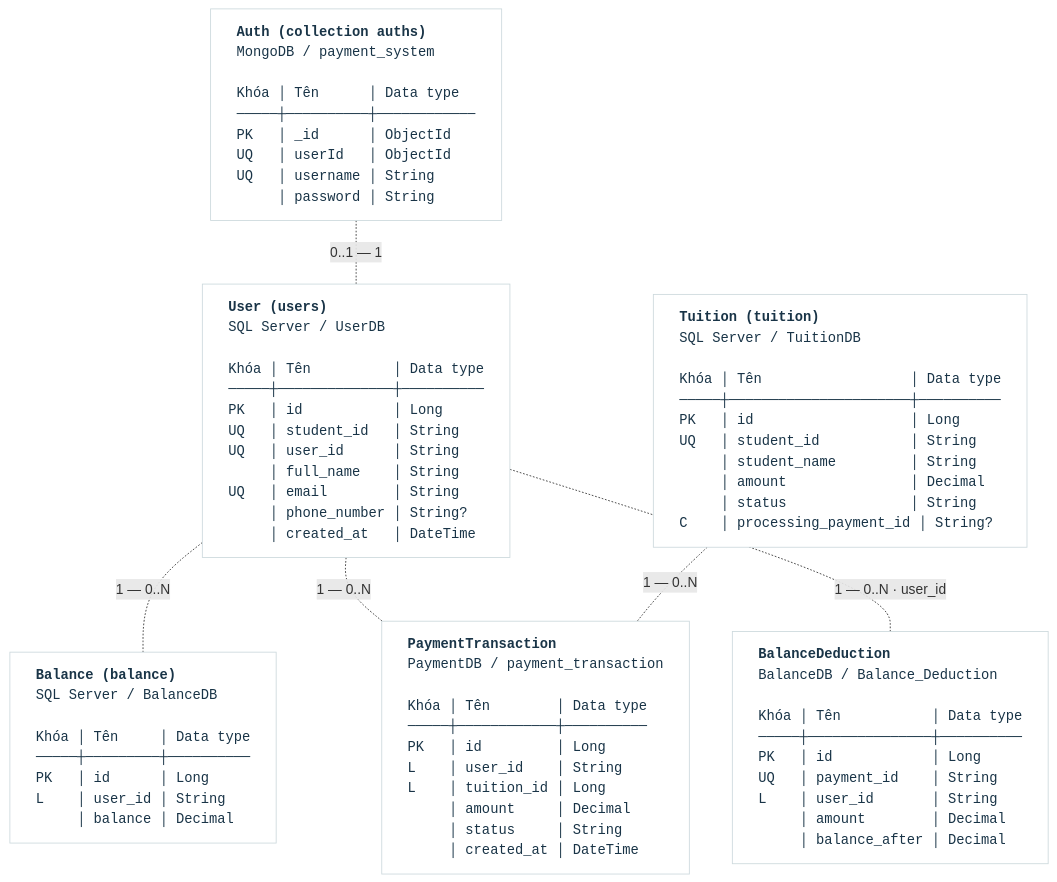
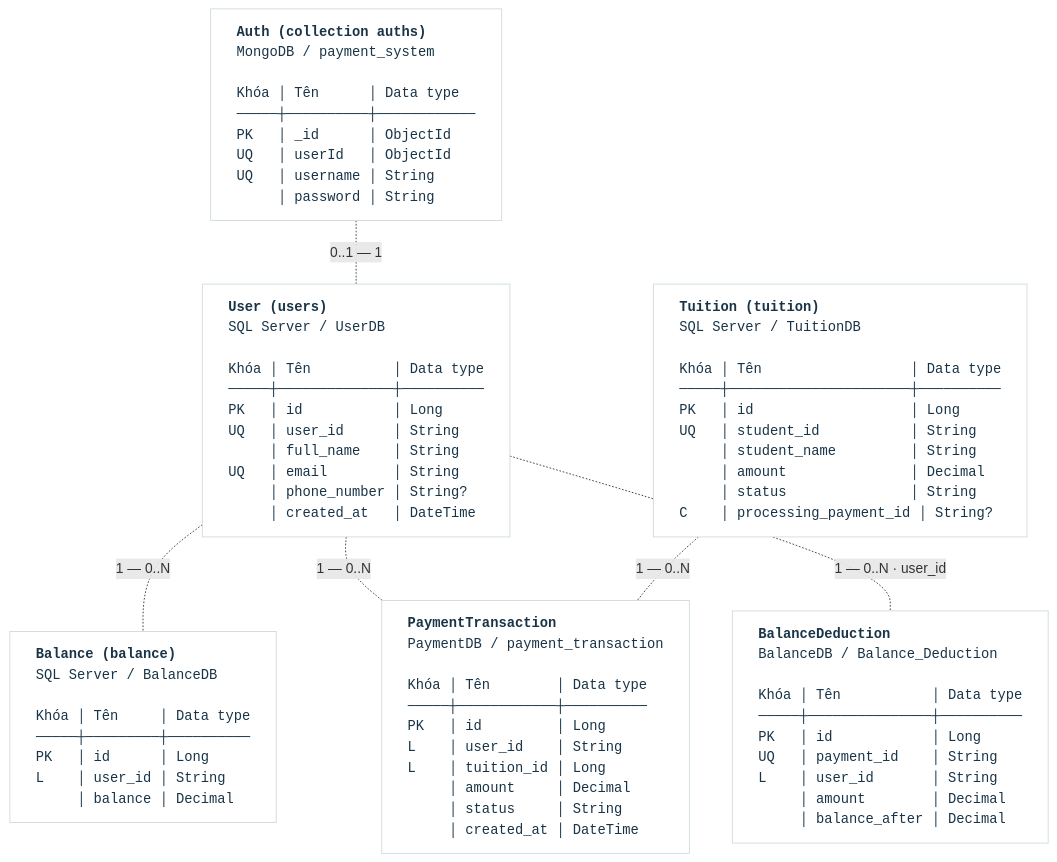
One commit to PeterKhang3012/Payment-system changed the first of 4 diagrams in README.md. Above: the diagram before and after it, drawn with Mermaid. The commit also changed other lines of this file and 11 other files, not shown here.

Commit message:
delete field studentId in UserDB

````diff
--- a/README.md
+++ b/README.md
@@ -90,30 +94,30 @@
 ```mermaid
 ---
 config:
   flowchart:
     htmlLabels: true
     wrappingWidth: 1000
     useMaxWidth: false
 ---
 flowchart TB
     Auth["<b>Auth (collection auths)</b><br/>MongoDB / payment_system<br/><br/>Khóa&nbsp;│&nbsp;Tên&nbsp;&nbsp;&nbsp;&nbsp;&nbsp;&nbsp;│&nbsp;Data type<br/>─────┼──────────┼────────────<br/>PK&nbsp;&nbsp;&nbsp;│&nbsp;_id&nbsp;&nbsp;&nbsp;&nbsp;&nbsp;&nbsp;│&nbsp;ObjectId<br/>UQ&nbsp;&nbsp;&nbsp;│&nbsp;userId&nbsp;&nbsp;&nbsp;│&nbsp;ObjectId<br/>UQ&nbsp;&nbsp;&nbsp;│&nbsp;username&nbsp;│&nbsp;String<br/>&nbsp;&nbsp;&nbsp;&nbsp;&nbsp;│&nbsp;password&nbsp;│&nbsp;String "]
 
-    User["<b>User (users)</b><br/>SQL Server / UserDB<br/><br/>Khóa&nbsp;│&nbsp;Tên&nbsp;&nbsp;&nbsp;&nbsp;&nbsp;&nbsp;&nbsp;&nbsp;&nbsp;&nbsp;│&nbsp;Data type<br/>─────┼──────────────┼──────────<br/>PK&nbsp;&nbsp;&nbsp;│&nbsp;id&nbsp;&nbsp;&nbsp;&nbsp;&nbsp;&nbsp;&nbsp;&nbsp;&nbsp;&nbsp;&nbsp;│&nbsp;Long<br/>UQ&nbsp;&nbsp;&nbsp;│&nbsp;student_id&nbsp;&nbsp;&nbsp;│&nbsp;String<br/>UQ&nbsp;&nbsp;&nbsp;│&nbsp;user_id&nbsp;&nbsp;&nbsp;&nbsp;&nbsp;&nbsp;│&nbsp;String<br/>&nbsp;&nbsp;&nbsp;&nbsp;&nbsp;│&nbsp;full_name&nbsp;&nbsp;&nbsp;&nbsp;│&nbsp;String<br/>UQ&nbsp;&nbsp;&nbsp;│&nbsp;email&nbsp;&nbsp;&nbsp;&nbsp;&nbsp;&nbsp;&nbsp;&nbsp;│&nbsp;String<br/>&nbsp;&nbsp;&nbsp;&nbsp;&nbsp;│&nbsp;phone_number&nbsp;│&nbsp;String?<br/>&nbsp;&nbsp;&nbsp;&nbsp;&nbsp;│&nbsp;created_at&nbsp;&nbsp;&nbsp;│&nbsp;DateTime"]
+    User["<b>User (users)</b><br/>SQL Server / UserDB<br/><br/>Khóa&nbsp;│&nbsp;Tên&nbsp;&nbsp;&nbsp;&nbsp;&nbsp;&nbsp;&nbsp;&nbsp;&nbsp;&nbsp;│&nbsp;Data type<br/>─────┼──────────────┼──────────<br/>PK&nbsp;&nbsp;&nbsp;│&nbsp;id&nbsp;&nbsp;&nbsp;&nbsp;&nbsp;&nbsp;&nbsp;&nbsp;&nbsp;&nbsp;&nbsp;│&nbsp;Long<br/>UQ&nbsp;&nbsp;&nbsp;│&nbsp;user_id&nbsp;&nbsp;&nbsp;&nbsp;&nbsp;&nbsp;│&nbsp;String<br/>&nbsp;&nbsp;&nbsp;&nbsp;&nbsp;│&nbsp;full_name&nbsp;&nbsp;&nbsp;&nbsp;│&nbsp;String<br/>UQ&nbsp;&nbsp;&nbsp;│&nbsp;email&nbsp;&nbsp;&nbsp;&nbsp;&nbsp;&nbsp;&nbsp;&nbsp;│&nbsp;String<br/>&nbsp;&nbsp;&nbsp;&nbsp;&nbsp;│&nbsp;phone_number&nbsp;│&nbsp;String?<br/>&nbsp;&nbsp;&nbsp;&nbsp;&nbsp;│&nbsp;created_at&nbsp;&nbsp;&nbsp;│&nbsp;DateTime"]
 
     Balance["<b>Balance (balance)</b><br/>SQL Server / BalanceDB<br/><br/>Khóa&nbsp;│&nbsp;Tên&nbsp;&nbsp;&nbsp;&nbsp;&nbsp;│&nbsp;Data type<br/>─────┼─────────┼──────────<br/>PK&nbsp;&nbsp;&nbsp;│&nbsp;id&nbsp;&nbsp;&nbsp;&nbsp;&nbsp;&nbsp;│&nbsp;Long<br/>L&nbsp;&nbsp;&nbsp;&nbsp;│&nbsp;user_id&nbsp;│&nbsp;String<br/>&nbsp;&nbsp;&nbsp;&nbsp;&nbsp;│&nbsp;balance&nbsp;│&nbsp;Decimal"]
 
     Tuition["<b>Tuition (tuition)</b><br/>SQL Server / TuitionDB<br/><br/>Khóa&nbsp;│&nbsp;Tên&nbsp;&nbsp;&nbsp;&nbsp;&nbsp;&nbsp;&nbsp;&nbsp;&nbsp;&nbsp;&nbsp;&nbsp;&nbsp;&nbsp;&nbsp;&nbsp;&nbsp;&nbsp;│&nbsp;Data type<br/>─────┼──────────────────────┼──────────<br/>PK&nbsp;&nbsp;&nbsp;│&nbsp;id&nbsp;&nbsp;&nbsp;&nbsp;&nbsp;&nbsp;&nbsp;&nbsp;&nbsp;&nbsp;&nbsp;&nbsp;&nbsp;&nbsp;&nbsp;&nbsp;&nbsp;&nbsp;&nbsp;│&nbsp;Long<br/>UQ&nbsp;&nbsp;&nbsp;│&nbsp;student_id&nbsp;&nbsp;&nbsp;&nbsp;&nbsp;&nbsp;&nbsp;&nbsp;&nbsp;&nbsp;&nbsp;│&nbsp;String<br/>&nbsp;&nbsp;&nbsp;&nbsp;&nbsp;│&nbsp;student_name&nbsp;&nbsp;&nbsp;&nbsp;&nbsp;&nbsp;&nbsp;&nbsp;&nbsp;│&nbsp;String<br/>&nbsp;&nbsp;&nbsp;&nbsp;&nbsp;│&nbsp;amount&nbsp;&nbsp;&nbsp;&nbsp;&nbsp;&nbsp;&nbsp;&nbsp;&nbsp;&nbsp;&nbsp;&nbsp;&nbsp;&nbsp;&nbsp;│&nbsp;Decimal<br/>&nbsp;&nbsp;&nbsp;&nbsp;&nbsp;│&nbsp;status&nbsp;&nbsp;&nbsp;&nbsp;&nbsp;&nbsp;&nbsp;&nbsp;&nbsp;&nbsp;&nbsp;&nbsp;&nbsp;&nbsp;&nbsp;│&nbsp;String<br/>C&nbsp;&nbsp;&nbsp;&nbsp;│&nbsp;processing_payment_id&nbsp;│&nbsp;String?"]
 
     PaymentTransaction["<b>PaymentTransaction</b><br/>PaymentDB / payment_transaction<br/><br/>Khóa&nbsp;│&nbsp;Tên&nbsp;&nbsp;&nbsp;&nbsp;&nbsp;&nbsp;&nbsp;&nbsp;│&nbsp;Data type<br/>─────┼────────────┼──────────<br/>PK&nbsp;&nbsp;&nbsp;│&nbsp;id&nbsp;&nbsp;&nbsp;&nbsp;&nbsp;&nbsp;&nbsp;&nbsp;&nbsp;│&nbsp;Long<br/>L&nbsp;&nbsp;&nbsp;&nbsp;│&nbsp;user_id&nbsp;&nbsp;&nbsp;&nbsp;│&nbsp;String<br/>L&nbsp;&nbsp;&nbsp;&nbsp;│&nbsp;tuition_id&nbsp;│&nbsp;Long<br/>&nbsp;&nbsp;&nbsp;&nbsp;&nbsp;│&nbsp;amount&nbsp;&nbsp;&nbsp;&nbsp;&nbsp;│&nbsp;Decimal<br/>&nbsp;&nbsp;&nbsp;&nbsp;&nbsp;│&nbsp;status&nbsp;&nbsp;&nbsp;&nbsp;&nbsp;│&nbsp;String<br/>&nbsp;&nbsp;&nbsp;&nbsp;&nbsp;│&nbsp;created_at&nbsp;│&nbsp;DateTime"]
 
     BalanceDeduction["<b>BalanceDeduction</b><br/>BalanceDB / Balance_Deduction<br/><br/>Khóa&nbsp;│&nbsp;Tên&nbsp;&nbsp;&nbsp;&nbsp;&nbsp;&nbsp;&nbsp;&nbsp;&nbsp;&nbsp;&nbsp;│&nbsp;Data type<br/>─────┼───────────────┼──────────<br/>PK&nbsp;&nbsp;&nbsp;│&nbsp;id&nbsp;&nbsp;&nbsp;&nbsp;&nbsp;&nbsp;&nbsp;&nbsp;&nbsp;&nbsp;&nbsp;&nbsp;│&nbsp;Long<br/>UQ&nbsp;&nbsp;&nbsp;│&nbsp;payment_id&nbsp;&nbsp;&nbsp;&nbsp;│&nbsp;String<br/>L&nbsp;&nbsp;&nbsp;&nbsp;│&nbsp;user_id&nbsp;&nbsp;&nbsp;&nbsp;&nbsp;&nbsp;&nbsp;│&nbsp;String<br/>&nbsp;&nbsp;&nbsp;&nbsp;&nbsp;│&nbsp;amount&nbsp;&nbsp;&nbsp;&nbsp;&nbsp;&nbsp;&nbsp;&nbsp;│&nbsp;Decimal<br/>&nbsp;&nbsp;&nbsp;&nbsp;&nbsp;│&nbsp;balance_after&nbsp;│&nbsp;Decimal"]
 
     Auth -.-|"0..1 — 1"| User
     User -.-|"1 — 0..N"| Balance
     User -.-|"1 — 0..N"| PaymentTransaction
     User -.-|"1 — 0..N · user_id"| BalanceDeduction
     Tuition -.-|"1 — 0..N"| PaymentTransaction
 
     classDef entity fill:#ffffff,stroke:#cdd9dd,color:#193447,font-family:monospace,text-align:left;
     class Auth,User,Balance,Tuition,PaymentTransaction,BalanceDeduction entity;
 ```
````
